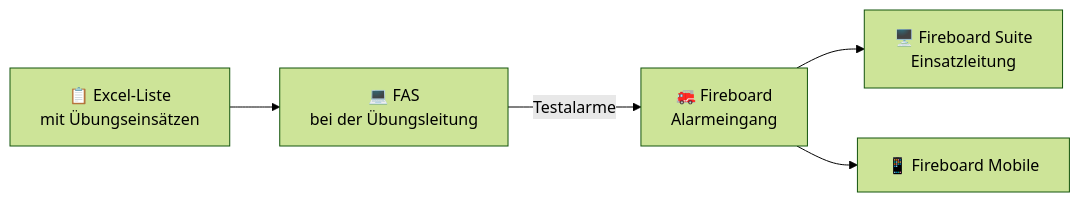
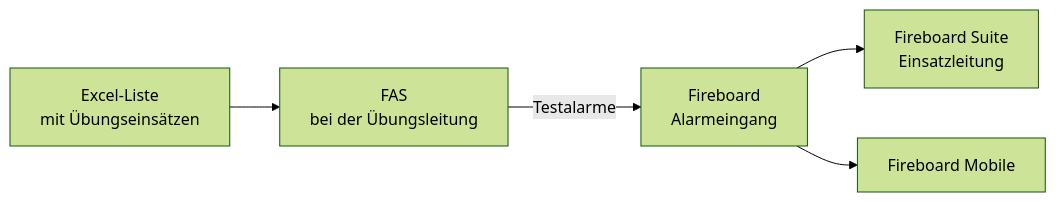
Before and after one commit to kventil/fireboard-alarm-simulator-releases: the first of 3 diagrams in README.md, drawn with Mermaid (forest theme). The commit also changed other lines of this file, not shown here.

````diff
--- a/README.md
+++ b/README.md
@@ -11,7 +11,7 @@
 ```mermaid
 flowchart LR
-    A["📋 Excel-Liste<br/>mit Übungseinsätzen"] --> B["💻 FAS<br/>bei der Übungsleitung"]
-    B -- "Testalarme" --> C["🚒 Fireboard<br/>Alarmeingang"]
-    C --> D["🖥️ Fireboard Suite<br/>Einsatzleitung"]
-    C --> E["📱 Fireboard Mobile"]
+    A["Excel-Liste<br/>mit Übungseinsätzen"] --> B["FAS<br/>bei der Übungsleitung"]
+    B -- "Testalarme" --> C["Fireboard<br/>Alarmeingang"]
+    C --> D["Fireboard Suite<br/>Einsatzleitung"]
+    C --> E["Fireboard Mobile"]
 ```
````
